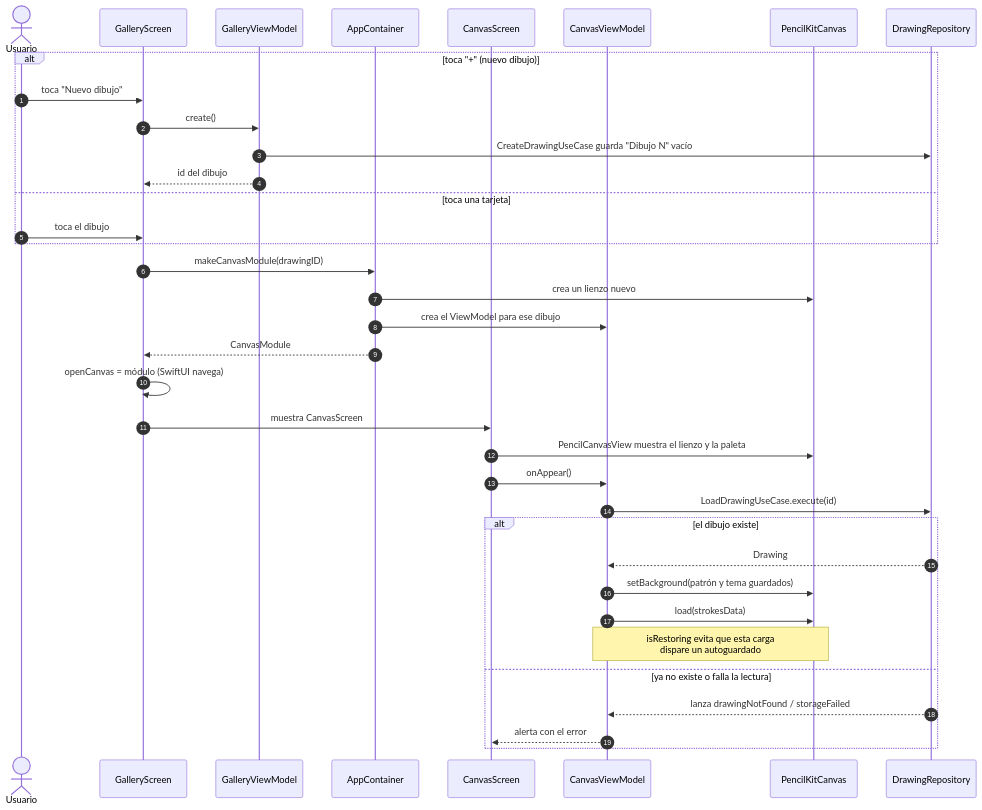
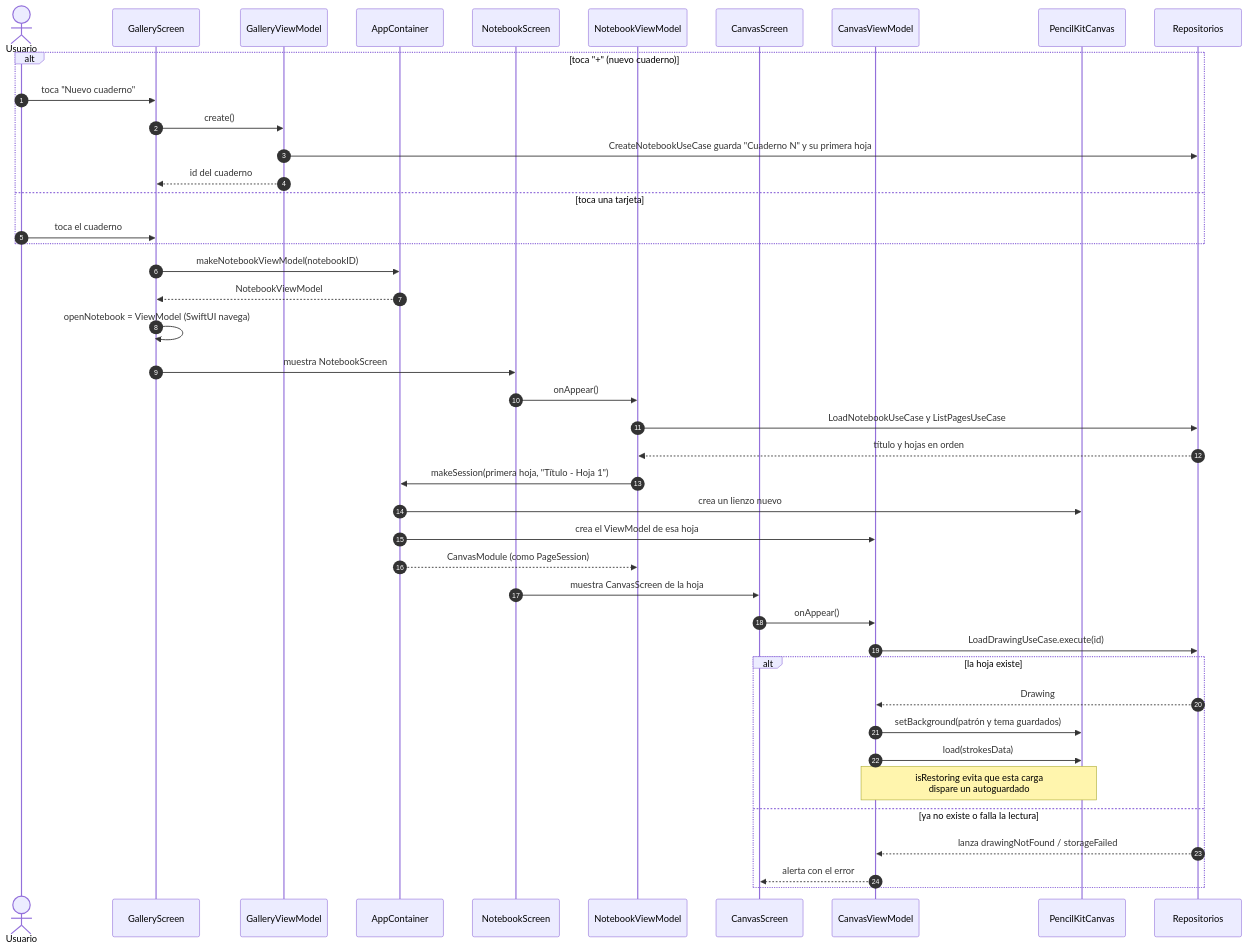
One commit to jhonjairo6230/DrawPad changed the fourth of 10 diagrams in docs/arquitectura.md. Above: the diagram before and after it, drawn with Mermaid. The commit also changed other lines of this file and 57 other files, not shown here.

````diff
--- a/docs/arquitectura.md
+++ b/docs/arquitectura.md
@@ -328,39 +394,46 @@
 ```mermaid
 sequenceDiagram
     autonumber
     actor U as Usuario
     participant G as GalleryScreen
     participant GVM as GalleryViewModel
     participant C as AppContainer
+    participant N as NotebookScreen
+    participant NVM as NotebookViewModel
     participant V as CanvasScreen
     participant VM as CanvasViewModel
     participant K as PencilKitCanvas
-    participant R as DrawingRepository
+    participant R as Repositorios
 
-    alt toca "+" (nuevo dibujo)
-        U->>G: toca "Nuevo dibujo"
+    alt toca "+" (nuevo cuaderno)
+        U->>G: toca "Nuevo cuaderno"
         G->>GVM: create()
-        GVM->>R: CreateDrawingUseCase guarda "Dibujo N" vacío
-        GVM-->>G: id del dibujo
+        GVM->>R: CreateNotebookUseCase guarda "Cuaderno N" y su primera hoja
+        GVM-->>G: id del cuaderno
     else toca una tarjeta
-        U->>G: toca el dibujo
+        U->>G: toca el cuaderno
     end
-    G->>C: makeCanvasModule(drawingID)
+    G->>C: makeNotebookViewModel(notebookID)
+    C-->>G: NotebookViewModel
+    G->>G: openNotebook = ViewModel (SwiftUI navega)
+    G->>N: muestra NotebookScreen
+    N->>NVM: onAppear()
+    NVM->>R: LoadNotebookUseCase y ListPagesUseCase
+    R-->>NVM: título y hojas en orden
+    NVM->>C: makeSession(primera hoja, "Título - Hoja 1")
     C->>K: crea un lienzo nuevo
-    C->>VM: crea el ViewModel para ese dibujo
-    C-->>G: CanvasModule
-    G->>G: openCanvas = módulo (SwiftUI navega)
-    G->>V: muestra CanvasScreen
-    V->>K: PencilCanvasView muestra el lienzo y la paleta
+    C->>VM: crea el ViewModel de esa hoja
+    C-->>NVM: CanvasModule (como PageSession)
+    N->>V: muestra CanvasScreen de la hoja
     V->>VM: onAppear()
     VM->>R: LoadDrawingUseCase.execute(id)
-    alt el dibujo existe
+    alt la hoja existe
         R-->>VM: Drawing
         VM->>K: setBackground(patrón y tema guardados)
         VM->>K: load(strokesData)
         Note over VM,K: isRestoring evita que esta carga<br/>dispare un autoguardado
     else ya no existe o falla la lectura
         R-->>VM: lanza drawingNotFound / storageFailed
         VM-->>V: alerta con el error
     end
 ```
````
